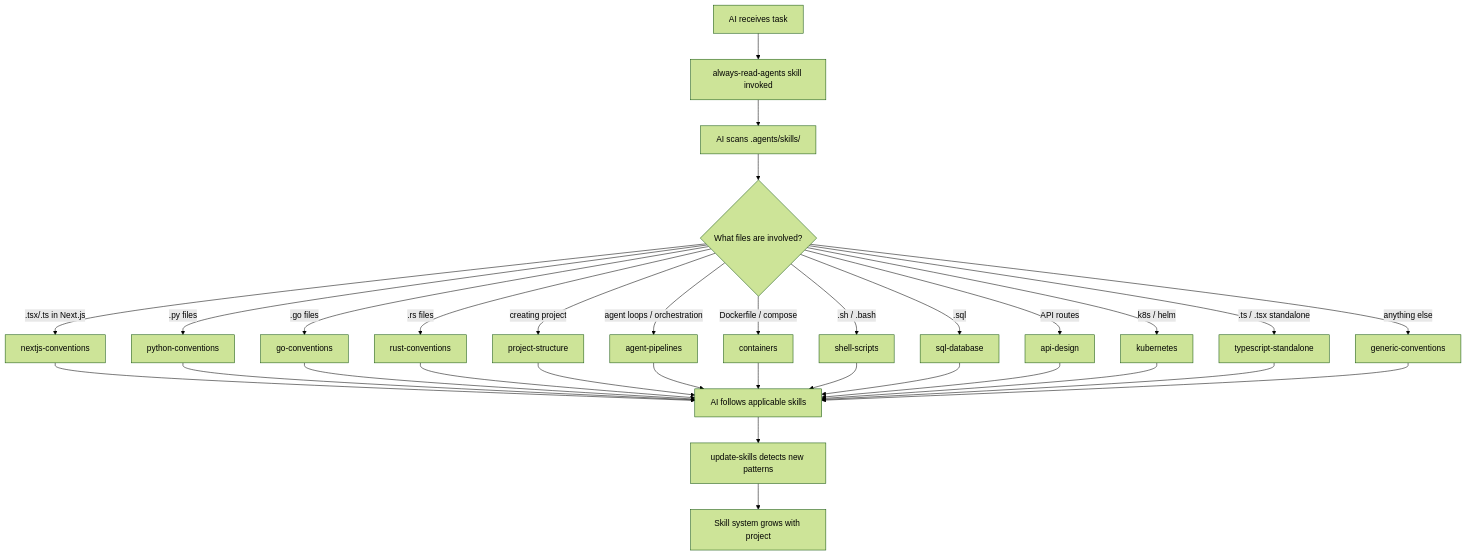
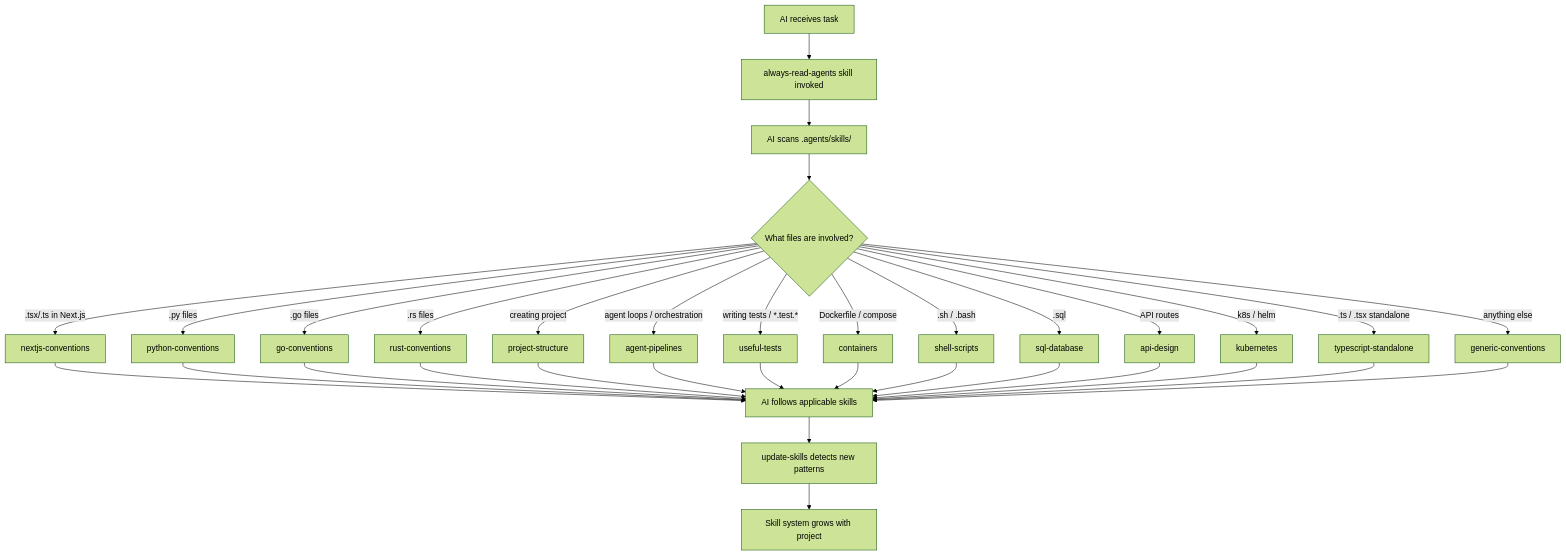
Before and after one commit to jtmb/ingenium: the second of 2 diagrams in README.md, drawn with Mermaid (forest theme). The commit also changed other lines of this file and 5 other files, not shown here.

Commit message:
feat: add agent-pipelines, audit-skills, useful-tests skills + commit-link mandate in learnings

````diff
--- a/README.md
+++ b/README.md
@@ -132,34 +133,36 @@
 ```mermaid
 graph TD
     A[AI receives task] --> B[always-read-agents skill invoked]
     B --> C[AI scans .agents/skills/]
     C --> D{What files are involved?}
     D -->|.tsx/.ts in Next.js| E[nextjs-conventions]
     D -->|.py files| F[python-conventions]
     D -->|.go files| G[go-conventions]
     D -->|.rs files| H[rust-conventions]
     D -->|creating project| P[project-structure]
     D -->|agent loops / orchestration| AP[agent-pipelines]
+    D -->|writing tests / *.test.*| UT[useful-tests]
     D -->|Dockerfile / compose| X1[containers]
     D -->|.sh / .bash| X2[shell-scripts]
     D -->|.sql| X3[sql-database]
     D -->|API routes| X4[api-design]
     D -->|k8s / helm| X5[kubernetes]
     D -->|.ts / .tsx standalone| X6[typescript-standalone]
     D -->|anything else| I[generic-conventions]
     E --> J[AI follows applicable skills]
     F --> J
     G --> J
     H --> J
     P --> J
     AP --> J
+    UT --> J
     X1 --> J
     X2 --> J
     X3 --> J
     X4 --> J
     X5 --> J
     X6 --> J
     I --> J
     J --> K[update-skills detects new patterns]
     K --> L[Skill system grows with project]
 ```
````
